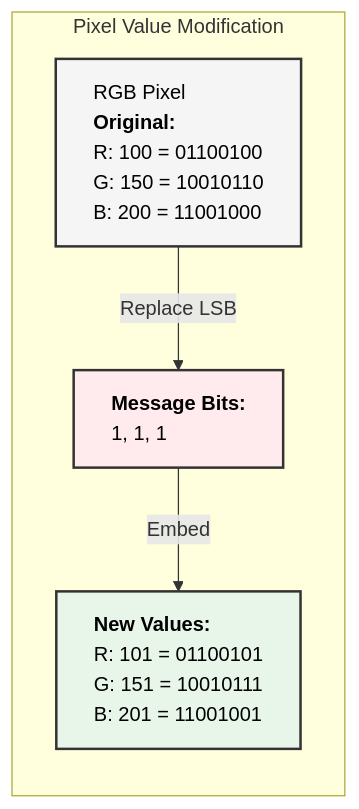
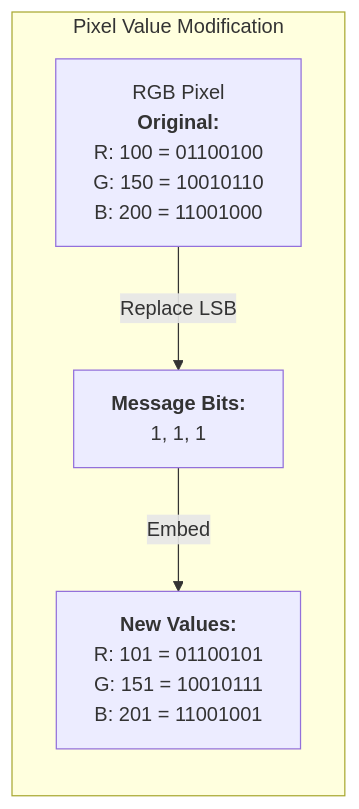
One commit to pranaykumar2/steg-go changed the diagram in README.md. Above: the diagram before and after it, drawn with Mermaid. The commit also changed other lines of this file, not shown here.

````diff
--- a/README.md
+++ b/README.md
@@ -126,17 +113,13 @@
 ```mermaid
 flowchart LR
     subgraph "Pixel Value Modification"
         P["RGB Pixel<br/><b>Original:</b><br/>R: 100 = 01100100<br/>G: 150 = 10010110<br/>B: 200 = 11001000"] 
         
         M["<b>Message Bits:</b><br/>1, 1, 1"]
         
         N["<b>New Values:</b><br/>R: 101 = 01100101<br/>G: 151 = 10010111<br/>B: 201 = 11001001"]
     end
     
     P -->|"Replace LSB"| M
     M -->|"Embed"| N
-    
-    style P fill:#f5f5f5,stroke:#333,stroke-width:2px,color:#000,text-align:left
-    style M fill:#ffebee,stroke:#333,stroke-width:2px,color:#000,text-align:left
-    style N fill:#e8f5e9,stroke:#333,stroke-width:2px,color:#000,text-align:left
 ```
````
